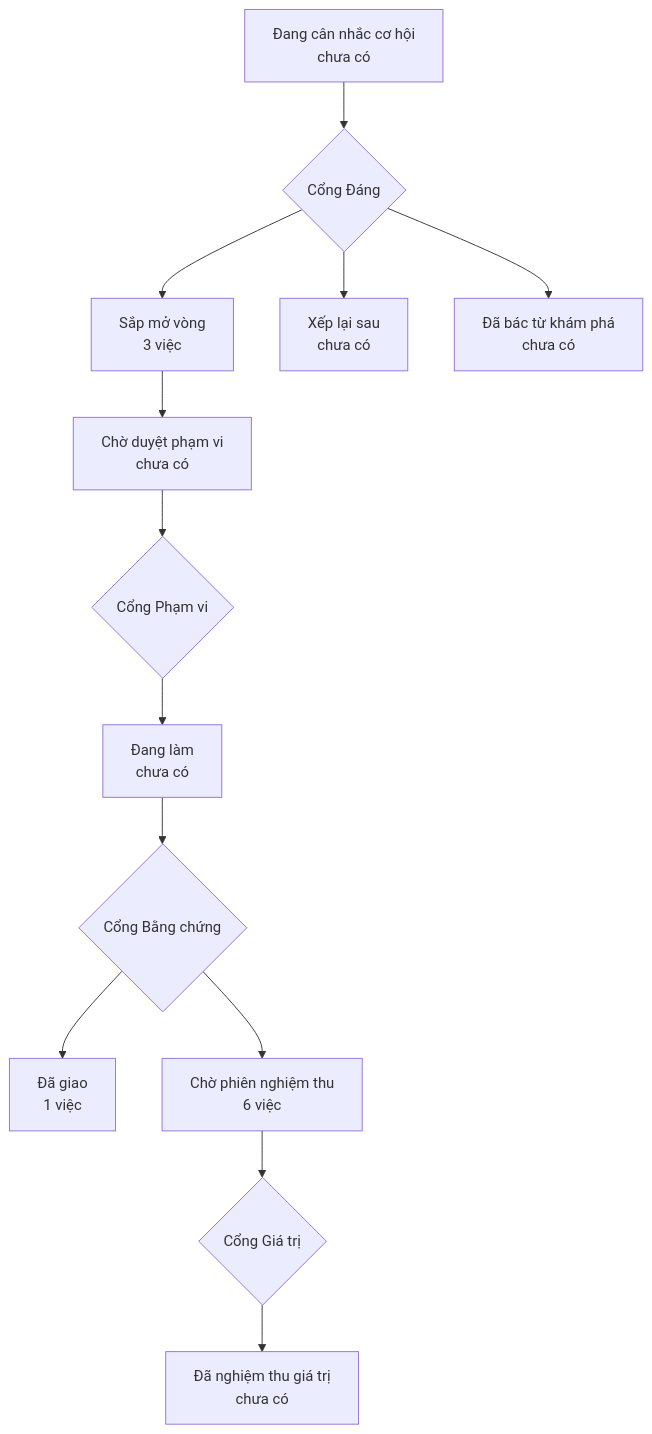
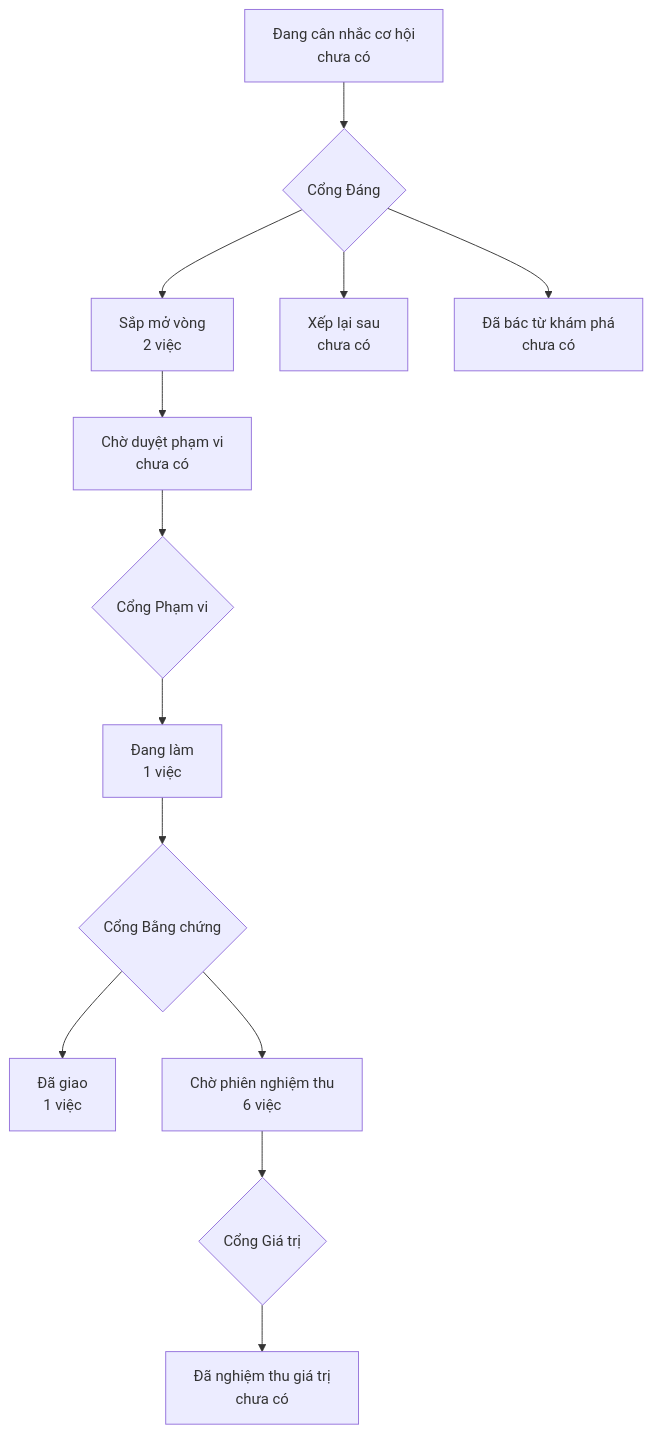
One commit to phanlemanh/onehub-quy-hang changed the diagram in PRODUCT-MAP.md. Above: the diagram before and after it, drawn with Mermaid. The commit also changed other lines of this file and 3 other files, not shown here.

````diff
--- a/PRODUCT-MAP.md
+++ b/PRODUCT-MAP.md
@@ -7,12 +7,12 @@
 ```mermaid
 flowchart TD
   A["Đang cân nhắc cơ hội<br/>chưa có"] --> GD{"Cổng Đáng"}
-  GD --> B["Sắp mở vòng<br/>3 việc"]
+  GD --> B["Sắp mở vòng<br/>2 việc"]
   GD --> XL["Xếp lại sau<br/>chưa có"]
   GD --> DB["Đã bác từ khám phá<br/>chưa có"]
   B --> CD["Chờ duyệt phạm vi<br/>chưa có"] --> GP{"Cổng Phạm vi"}
-  GP --> DL["Đang làm<br/>chưa có"] --> GB{"Cổng Bằng chứng"}
+  GP --> DL["Đang làm<br/>1 việc"] --> GB{"Cổng Bằng chứng"}
   GB --> DG["Đã giao<br/>1 việc"]
   GB --> CN["Chờ phiên nghiệm thu<br/>6 việc"] --> GG{"Cổng Giá trị"}
   GG --> NT["Đã nghiệm thu giá trị<br/>chưa có"]
 ```
````
